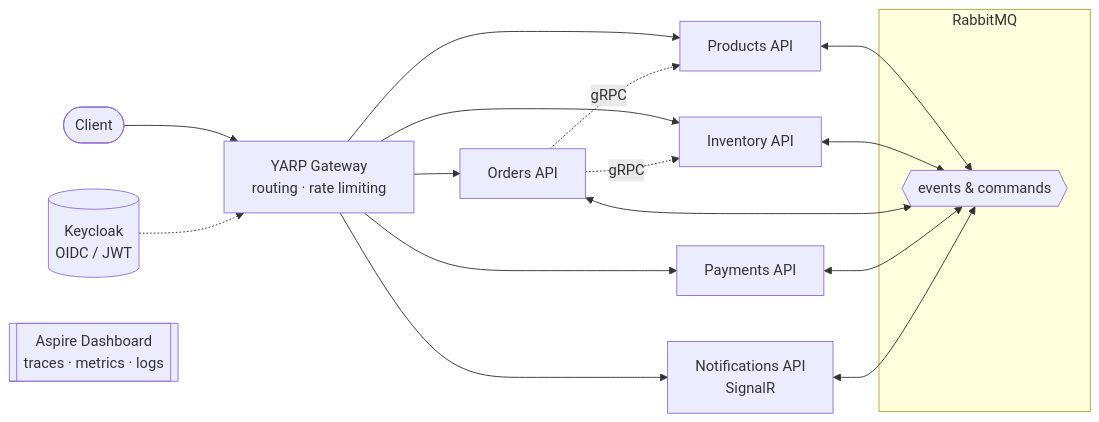
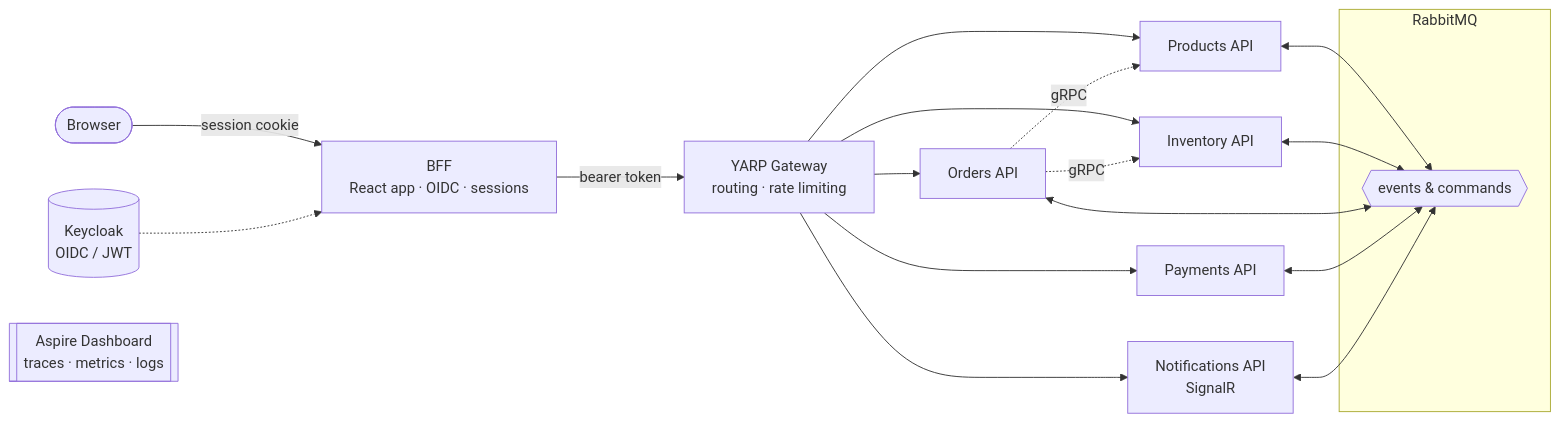
The first of 2 diagrams in README.md (koksalenes/orderflow-microservices), drawn with Mermaid before and after one commit. The commit also changed other lines of this file and 140 other files, not shown here.

Commit message:
feat: add BFF, React, and Keycloak integration.

````diff
--- a/README.md
+++ b/README.md
@@ -29,21 +34,22 @@
 ```mermaid
 flowchart LR
-    client([Client]) --> gateway[YARP Gateway<br/>routing · rate limiting]
+    browser([Browser]) -- session cookie --> bff[BFF<br/>React app · OIDC · sessions]
+    bff -- bearer token --> gateway[YARP Gateway<br/>routing · rate limiting]
     gateway --> products[Products API]
     gateway --> inventory[Inventory API]
     gateway --> orders[Orders API]
     gateway --> payments[Payments API]
     gateway --> notifications[Notifications API<br/>SignalR]
 
     orders -. gRPC .-> products
     orders -. gRPC .-> inventory
 
     subgraph messaging [RabbitMQ]
         bus{{events & commands}}
     end
 
     products & inventory & orders & payments & notifications <--> bus
 
-    keycloak[(Keycloak<br/>OIDC / JWT)] -.-> gateway
+    keycloak[(Keycloak<br/>OIDC / JWT)] -.-> bff
     aspire[[Aspire Dashboard<br/>traces · metrics · logs]]
 ```
````
